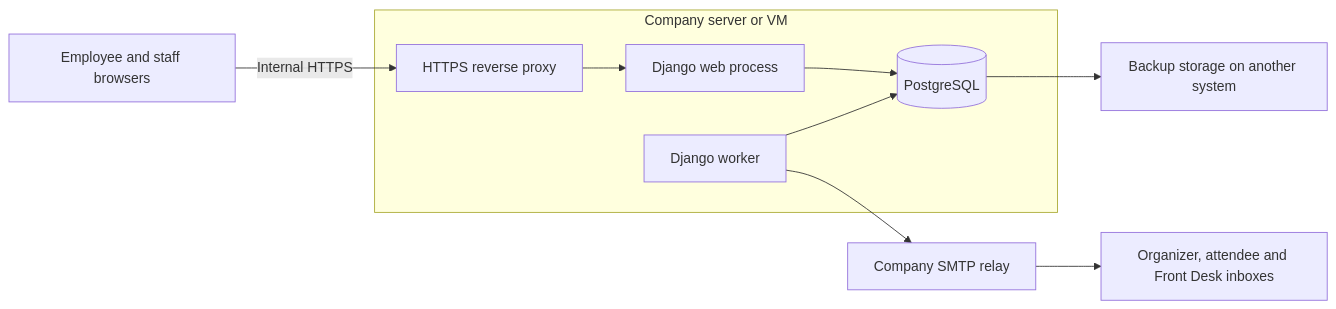
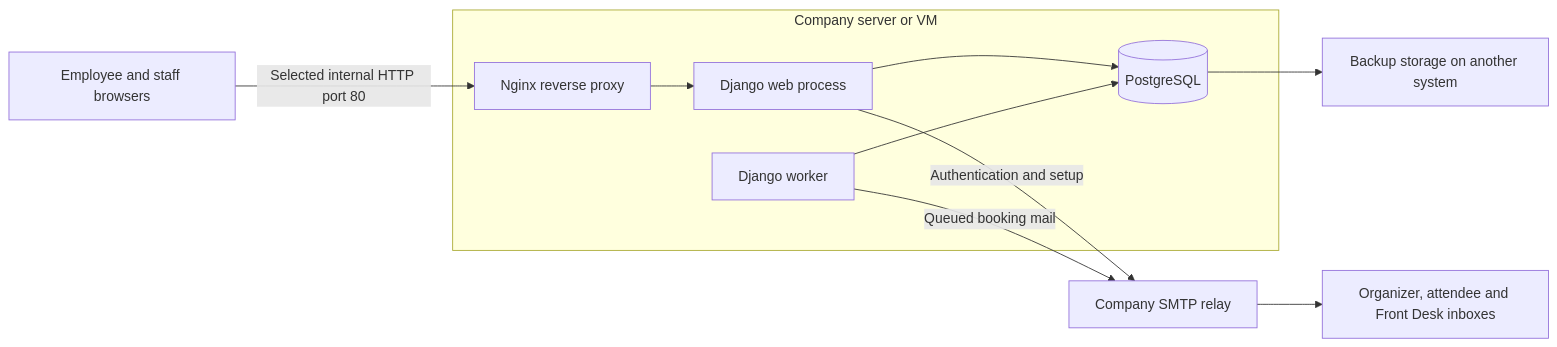
Before and after one commit to BINAYAK016/MeetingRoomSystemWDN: the diagram in docs/architecture.md, drawn with Mermaid. The commit also changed other lines of this file and 15 other files, not shown here.

````diff
--- a/docs/architecture.md
+++ b/docs/architecture.md
@@ -17,12 +17,13 @@
 ```mermaid
 flowchart LR
-    U[Employee and staff browsers] -->|Internal HTTPS| H
+    U[Employee and staff browsers] -->|Selected internal HTTP port 80| H
     subgraph V[Company server or VM]
-        H[HTTPS reverse proxy] --> A[Django web process]
+        H[Nginx reverse proxy] --> A[Django web process]
         A --> P[(PostgreSQL)]
     J[Django worker] --> P
     end
-    J --> M[Company SMTP relay]
+    A -->|Authentication and setup| M[Company SMTP relay]
+    J -->|Queued booking mail| M
     M --> I[Organizer, attendee and Front Desk inboxes]
     P --> B[Backup storage on another system]
 ```
````
